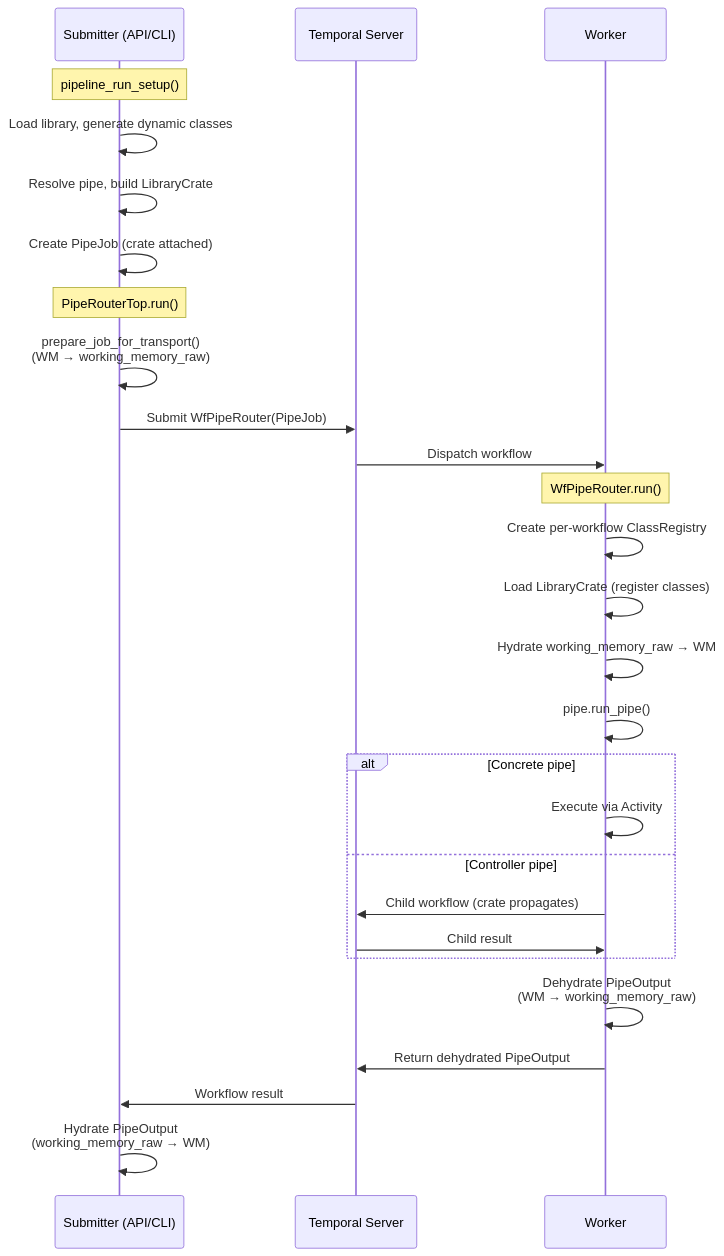
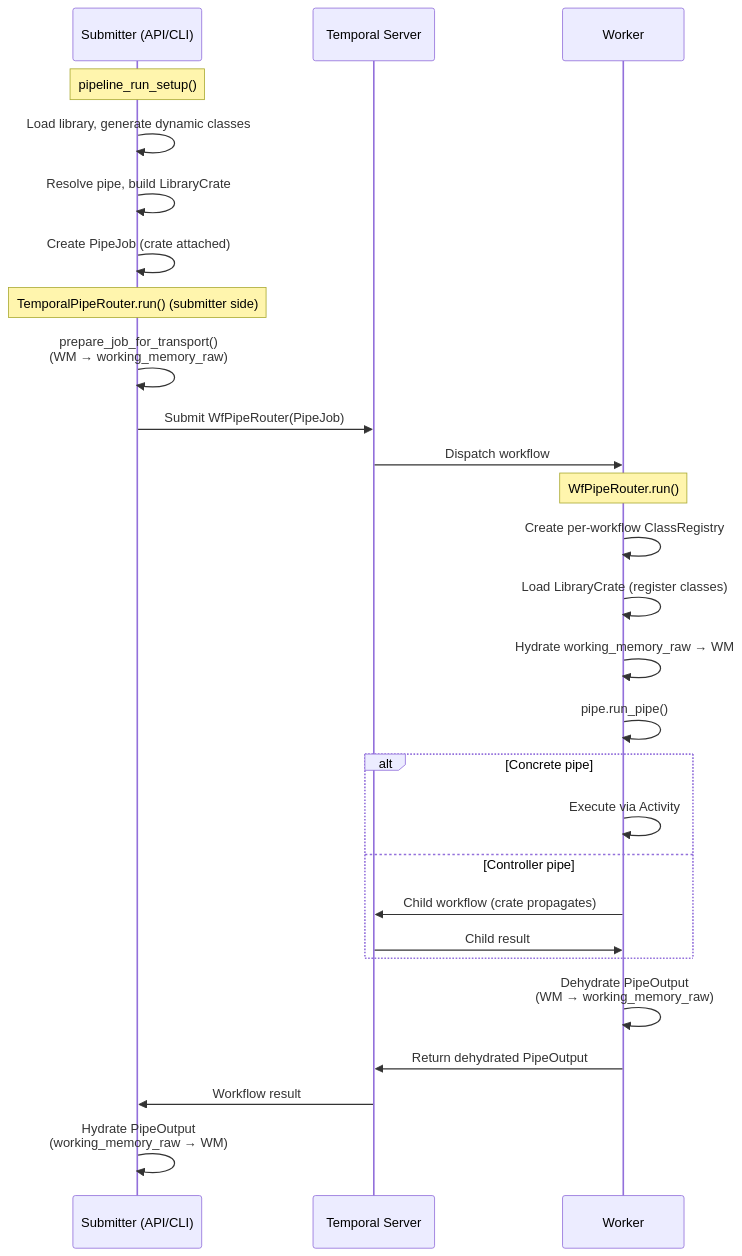
One commit to Pipelex/pipelex changed the first of 2 diagrams in docs/under-the-hood/pipe-routing-and-execution.md. Above: the diagram before and after it, drawn with Mermaid. The commit also changed other lines of this file and 11 other files, not shown here.

````diff
--- a/docs/under-the-hood/pipe-routing-and-execution.md
+++ b/docs/under-the-hood/pipe-routing-and-execution.md
@@ -179,34 +178,34 @@
 ```mermaid
 sequenceDiagram
     participant S as Submitter (API/CLI)
     participant T as Temporal Server
     participant W as Worker
 
     Note over S: pipeline_run_setup()
     S->>S: Load library, generate dynamic classes
     S->>S: Resolve pipe, build LibraryCrate
     S->>S: Create PipeJob (crate attached)
 
-    Note over S: PipeRouterTop.run()
+    Note over S: TemporalPipeRouter.run() (submitter side)
     S->>S: prepare_job_for_transport()<br/>(WM → working_memory_raw)
     S->>T: Submit WfPipeRouter(PipeJob)
     T->>W: Dispatch workflow
 
     Note over W: WfPipeRouter.run()
     W->>W: Create per-workflow ClassRegistry
     W->>W: Load LibraryCrate (register classes)
     W->>W: Hydrate working_memory_raw → WM
     W->>W: pipe.run_pipe()
 
     alt Concrete pipe
         W->>W: Execute via Activity
     else Controller pipe
         W->>T: Child workflow (crate propagates)
         T->>W: Child result
     end
 
     W->>W: Dehydrate PipeOutput<br/>(WM → working_memory_raw)
     W->>T: Return dehydrated PipeOutput
     T->>S: Workflow result
     S->>S: Hydrate PipeOutput<br/>(working_memory_raw → WM)
 ```
````
